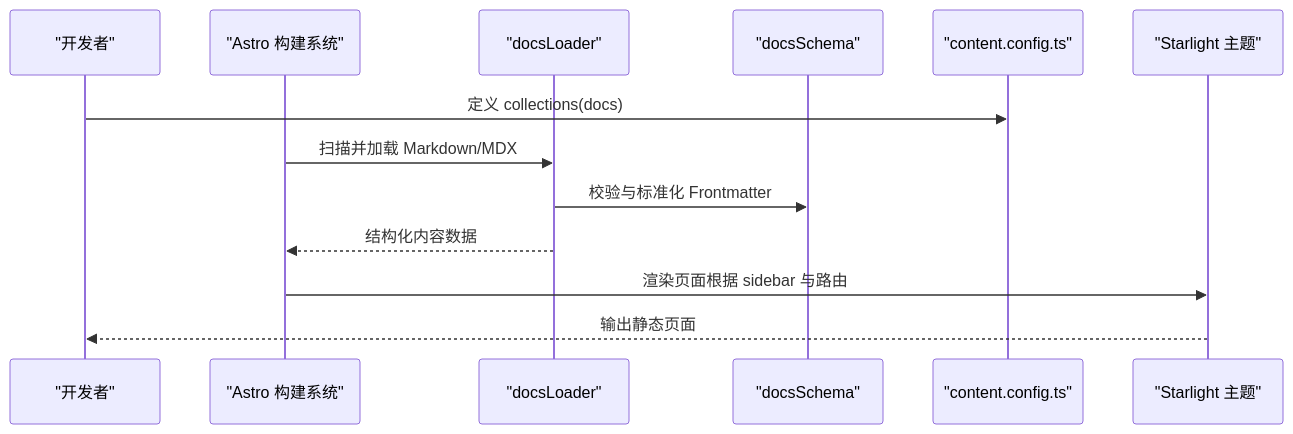
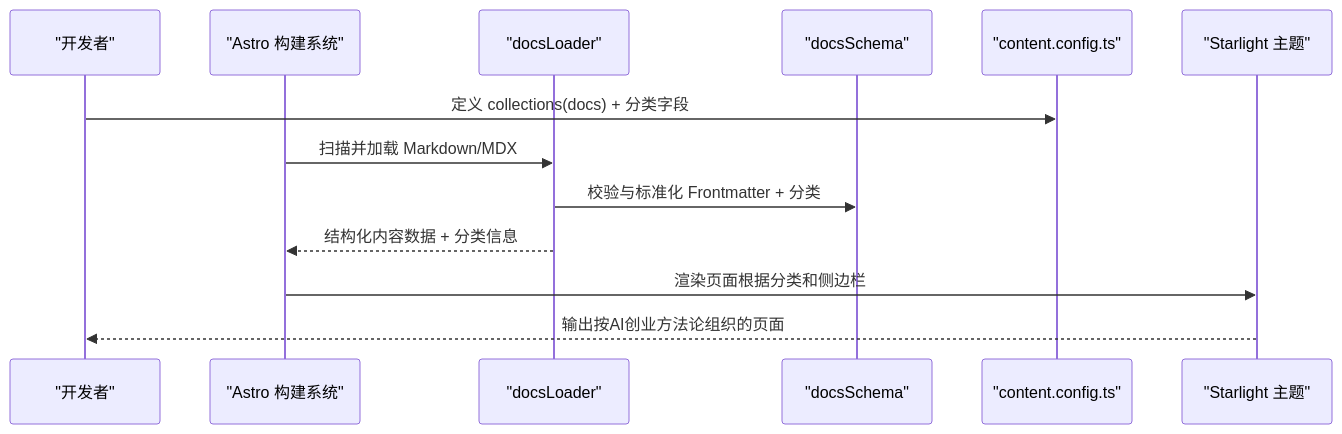
The second of 6 diagrams in .qoder/repowiki/zh/content/内容管理系统/内容结构设计.md (NTLx/ntlx.github.io), drawn with Mermaid before and after one commit. The commit also changed other lines of this file and 10 other files, not shown here.

````diff
--- a/.qoder/repowiki/zh/content/内容管理系统/内容结构设计.md
+++ b/.qoder/repowiki/zh/content/内容管理系统/内容结构设计.md
@@ -85,15 +130,15 @@
 ```mermaid
 sequenceDiagram
 participant Dev as "开发者"
 participant Astro as "Astro 构建系统"
 participant Loader as "docsLoader"
 participant Schema as "docsSchema"
 participant Config as "content.config.ts"
 participant Theme as "Starlight 主题"
-Dev->>Config : 定义 collections(docs)
+Dev->>Config : 定义 collections(docs) + 分类字段
 Astro->>Loader : 扫描并加载 Markdown/MDX
-Loader->>Schema : 校验与标准化 Frontmatter
-Loader-->>Astro : 结构化内容数据
-Astro->>Theme : 渲染页面根据 sidebar 与路由
-Theme-->>Dev : 输出静态页面
+Loader->>Schema : 校验与标准化 Frontmatter + 分类
+Loader-->>Astro : 结构化内容数据 + 分类信息
+Astro->>Theme : 渲染页面根据分类和侧边栏
+Theme-->>Dev : 输出按AI创业方法论组织的页面
 ```
````
